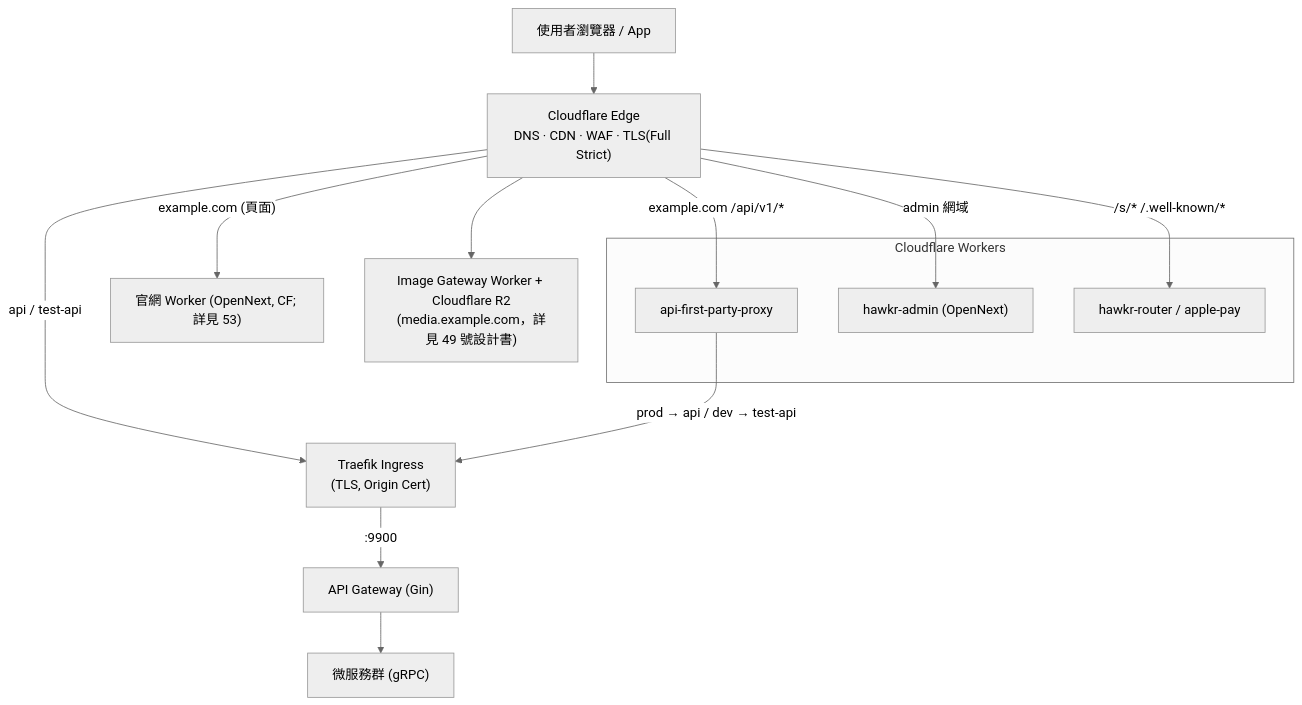
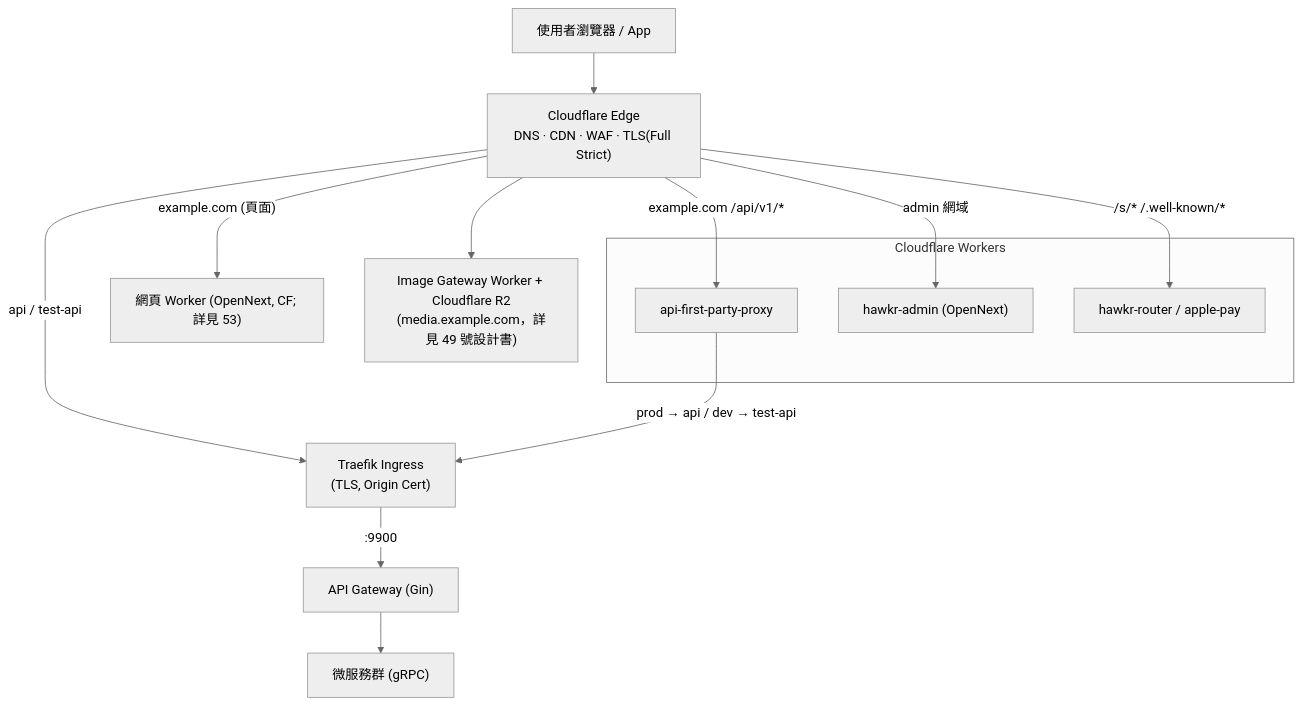
One commit to Will413028/hawkr changed the second of 12 diagrams in backend/docs/基礎建設/系統架構與資料流向.md. Above: the diagram before and after it, drawn with Mermaid (neutral theme). The commit also changed other lines of this file and 64 other files, not shown here.

````diff
--- a/backend/docs/基礎建設/系統架構與資料流向.md
+++ b/backend/docs/基礎建設/系統架構與資料流向.md
@@ -127,24 +127,24 @@
 ```mermaid
 flowchart TB
     user["使用者瀏覽器 / App"]
     cf["Cloudflare Edge<br/>DNS · CDN · WAF · TLS(Full Strict)"]
     user --> cf
 
     subgraph workers["Cloudflare Workers"]
         wproxy["api-first-party-proxy"]
         wadmin["hawkr-admin (OpenNext)"]
         wrouter["hawkr-router / apple-pay"]
     end
 
     cf -->|"example.com /api/v1/*"| wproxy
     cf -->|"admin 網域"| wadmin
     cf -->|"/s/* /.well-known/*"| wrouter
-    cf -->|"example.com (頁面)"| webworker["官網 Worker (OpenNext, CF; 詳見 53)"]
+    cf -->|"example.com (頁面)"| webworker["網頁 Worker (OpenNext, CF; 詳見 53)"]
     cf -->|"api / test-api"| traefik
 
     wproxy -->|"prod → api / dev → test-api"| traefik["Traefik Ingress<br/>(TLS, Origin Cert)"]
     traefik -->|":9900"| gw["API Gateway (Gin)"]
     gw --> svc["微服務群 (gRPC)"]
     r2["Image Gateway Worker + Cloudflare R2<br/>(media.example.com，詳見 49 號設計書)"]
     cf --> r2
 ```
````
